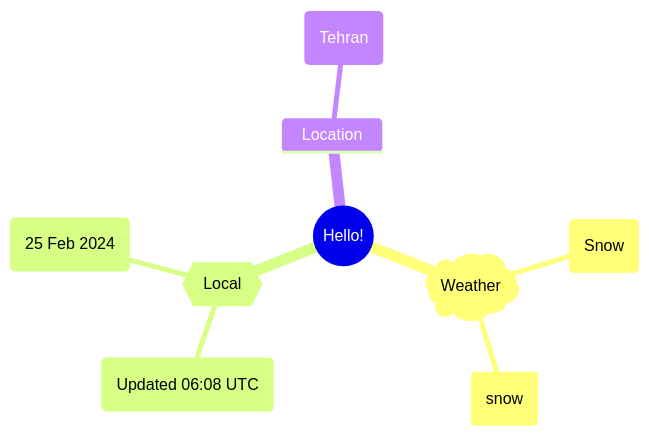
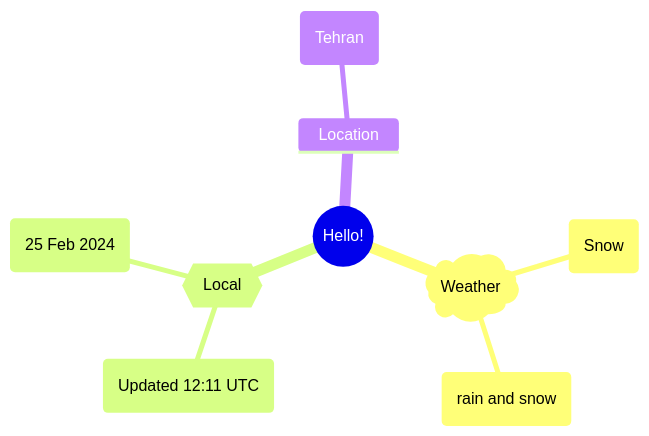
One commit to Xosrov/Xosrov changed the first of 2 diagrams in README.md. Above: the diagram before and after it, drawn with Mermaid.

Commit message:
[bot] updated images

````diff
--- a/README.md
+++ b/README.md
@@ -3,12 +3,12 @@
 ```mermaid
 mindmap
   root((Hello!))
     )Weather(
         (Snow)
-        (snow)
+        (rain and snow)
     {{Local}}
-        (Updated 06:08 UTC)
+        (Updated 12:11 UTC)
         (25 Feb 2024)
     Location
         (Tehran)
 ```
````
